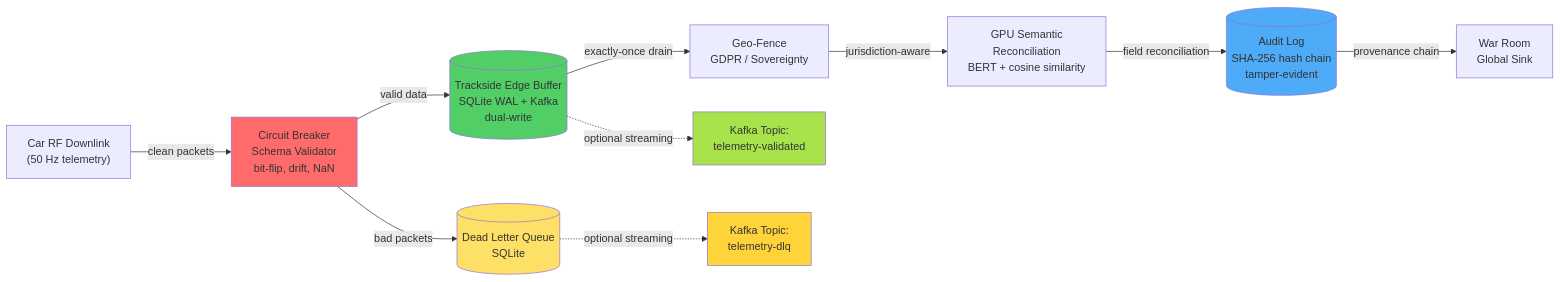
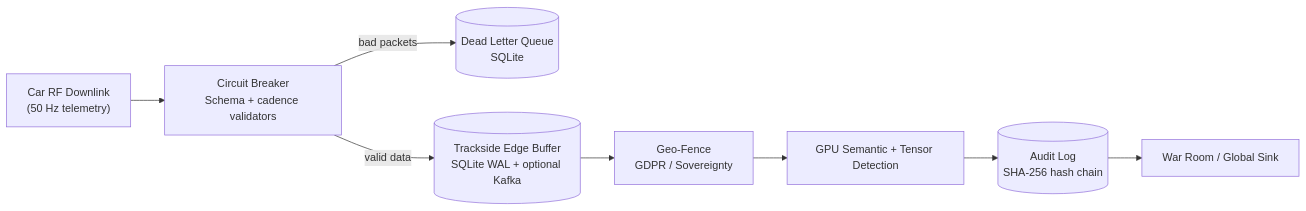
One commit to tarek-clarke/Web-Scraping-Demo changed the diagram in README.md. Above: the diagram before and after it, drawn with Mermaid. The commit also changed other lines of this file, not shown here.

Commit message:
Reorder README flow and remove redundant sections

````diff
--- a/README.md
+++ b/README.md
@@ -77,30 +202,16 @@
 ```mermaid
 flowchart LR
     RF["Car RF Downlink<br/>(50 Hz telemetry)"]
-    CB["Circuit Breaker<br/>Schema Validator<br/>bit-flip, drift, NaN"]
+    CB["Circuit Breaker<br/>Schema + cadence validators"]
     DLQ[("Dead Letter Queue<br/>SQLite")]
-    EDGE[("Trackside Edge Buffer<br/>SQLite WAL + Kafka<br/>dual-write")]
+    EDGE[("Trackside Edge Buffer<br/>SQLite WAL + optional Kafka")]
     GEO["Geo-Fence<br/>GDPR / Sovereignty"]
-    BERT["GPU Semantic<br/>Reconciliation<br/>BERT + cosine similarity"]
-    AUDIT[("Audit Log<br/>SHA-256 hash chain<br/>tamper-evident")]
-    SINK["War Room<br/>Global Sink"]
-    KAFKA_VALID["Kafka Topic:<br/>telemetry-validated"]
-    KAFKA_DLQ["Kafka Topic:<br/>telemetry-dlq"]
+    BERT["GPU Semantic + Tensor Detection"]
+    AUDIT[("Audit Log<br/>SHA-256 hash chain")]
+    SINK["War Room / Global Sink"]
 
-    RF -->|clean packets| CB
+    RF --> CB
     CB -->|bad packets| DLQ
     CB -->|valid data| EDGE
-    EDGE -->|exactly-once drain| GEO
-    EDGE -.->|optional streaming| KAFKA_VALID
-    DLQ -.->|optional streaming| KAFKA_DLQ
-    GEO -->|jurisdiction-aware| BERT
-    BERT -->|field reconciliation| AUDIT
-    AUDIT -->|provenance chain| SINK
-
-    style CB fill:#ff6b6b
-    style DLQ fill:#ffe066
-    style EDGE fill:#51cf66
-    style AUDIT fill:#4dabf7
-    style KAFKA_VALID fill:#a9e34b
-    style KAFKA_DLQ fill:#ffd43b
+    EDGE --> GEO --> BERT --> AUDIT --> SINK
 ```
````
